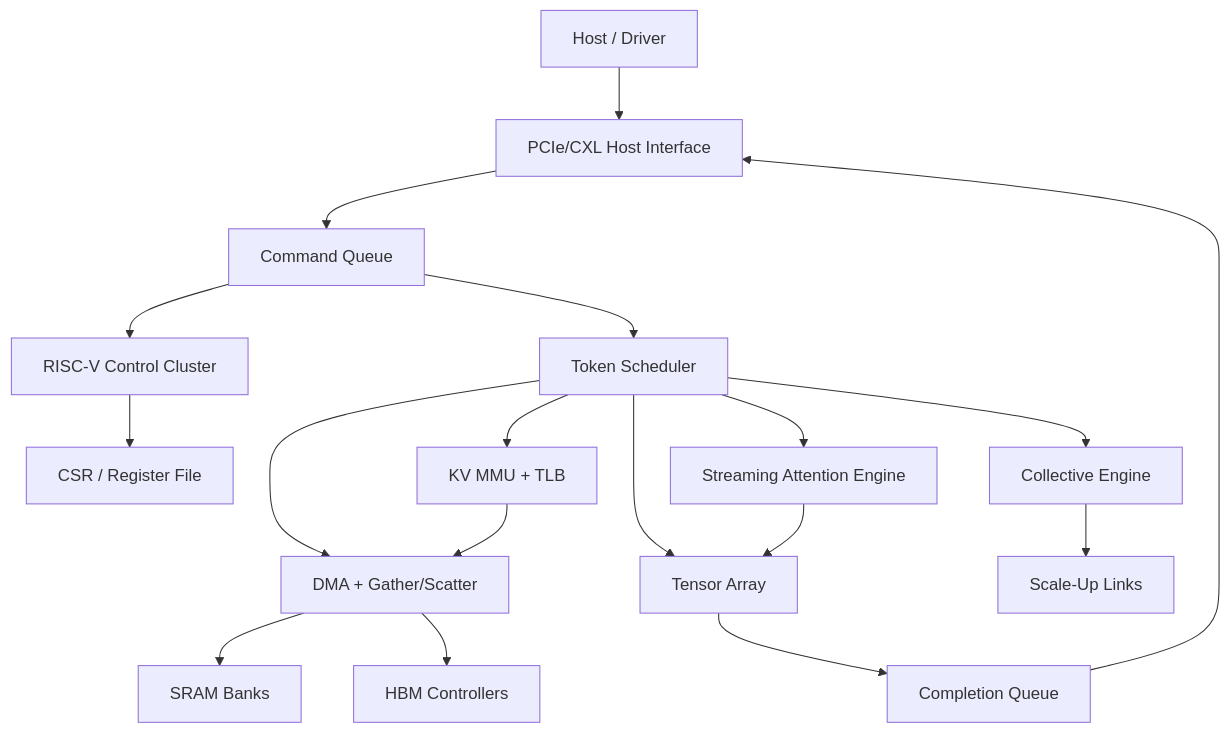
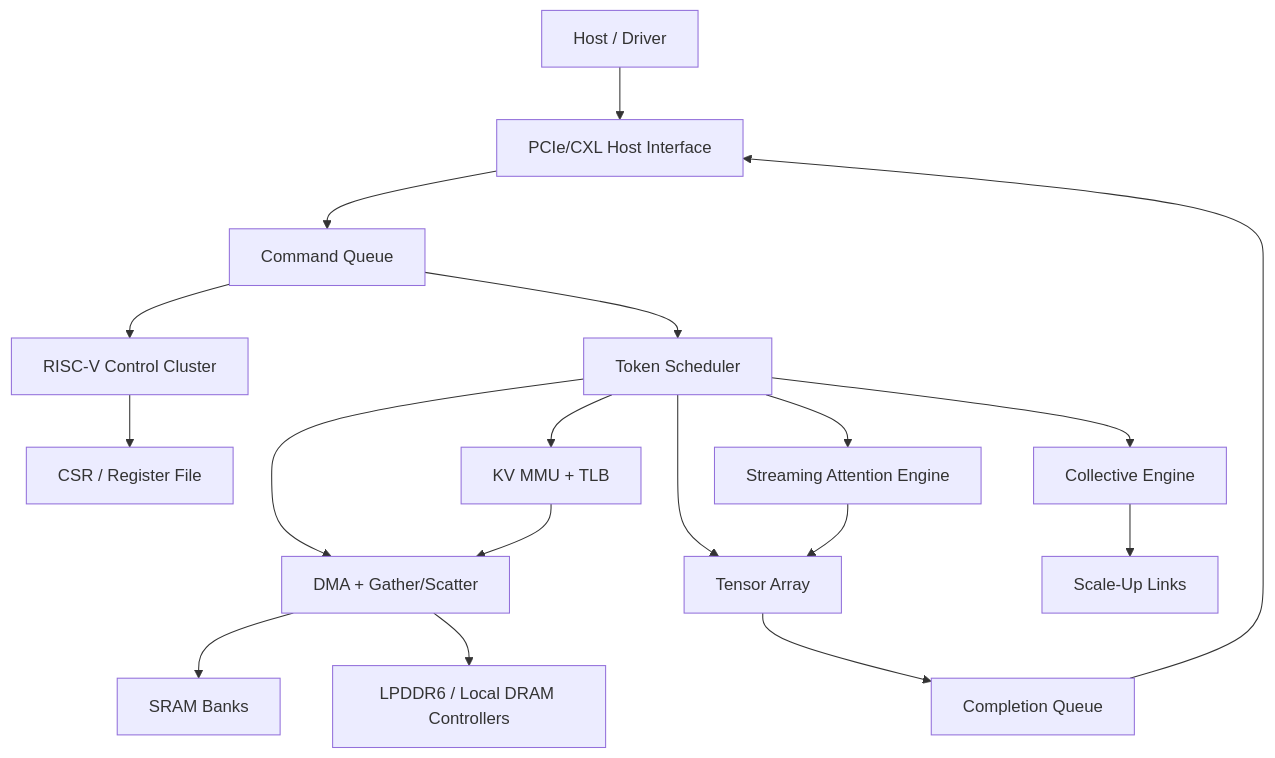
Before and after one commit to suryavanshi/RecursiveCompute: the second of 3 diagrams in architecture.md, drawn with Mermaid. The commit also changed other lines of this file and 7 other files, not shown here.

````diff
--- a/architecture.md
+++ b/architecture.md
@@ -50,20 +54,20 @@
 ```mermaid
 flowchart TB
   Host["Host / Driver"] --> HIF["PCIe/CXL Host Interface"]
   HIF --> CQ["Command Queue"]
   CQ --> RV["RISC-V Control Cluster"]
   CQ --> Sched["Token Scheduler"]
   RV --> Regs["CSR / Register File"]
   Sched --> KVMMU["KV MMU + TLB"]
   Sched --> DMA["DMA + Gather/Scatter"]
   Sched --> Attn["Streaming Attention Engine"]
   Sched --> Tensor["Tensor Array"]
   Sched --> Coll["Collective Engine"]
   KVMMU --> DMA
   DMA --> SRAM["SRAM Banks"]
-  DMA --> HBM["HBM Controllers"]
+  DMA --> DRAM["LPDDR6 / Local DRAM Controllers"]
   Attn --> Tensor
   Tensor --> Cpl["Completion Queue"]
   Coll --> Links["Scale-Up Links"]
   Cpl --> HIF
 ```
````
